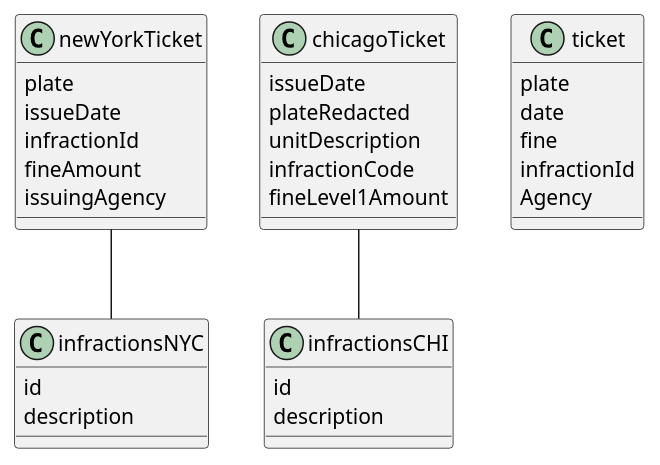
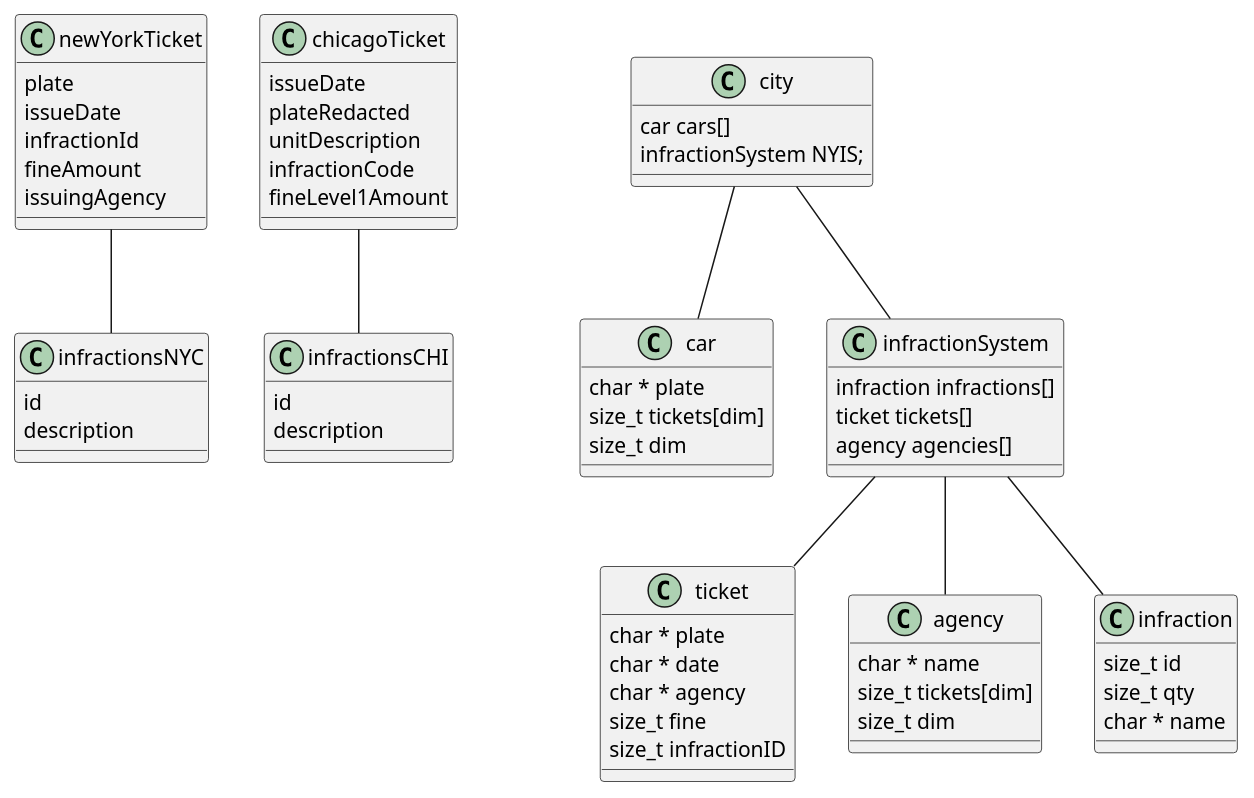
Before and after one commit to AugustoOspal/Proyecto_Final_PI: the diagram in structure_objects.puml, drawn with PlantUML.

Commit message:
Added the first idea of the ADT

```diff
--- a/structure_objects.puml
+++ b/structure_objects.puml
@@ -1,45 +1,89 @@
 @startuml
 
 class newYorkTicket
 {
     plate
     issueDate
     infractionId
     fineAmount
     issuingAgency
 }
 
 class infractionsNYC
 {
     id
     description
 }
 
 class chicagoTicket
 {
     issueDate
     plateRedacted
     unitDescription
     infractionCode
     fineLevel1Amount
 }
 
 class infractionsCHI
 {
     id
     description
 }
 
 class ticket
 {
-    plate
-    date
-    fine
-    infractionId
-    Agency
+    char * plate
+    char * date
+    char * agency
+    size_t fine
+    size_t infractionID
 }
 
 newYorkTicket -- infractionsNYC
 chicagoTicket -- infractionsCHI
 
+' Ideas
+class city
+{
+    car cars[]
+    'New York Infraction System
+    infractionSystem NYIS;
+}
+
+class car
+{
+    char * plate
+    'vector of positions for tickets in city
+    size_t tickets[dim]
+    size_t dim
+}
+
+class agency
+{
+    char * name
+    'vector of positions for tickets in city
+    size_t tickets[dim]
+    size_t dim
+}
+
+class infraction
+{
+    size_t id
+    size_t qty
+    char * name
+}
+
+class infractionSystem
+{
+    infraction infractions[]
+    ticket tickets[]
+    agency agencies[]
+}
+
+city -- car
+city -- infractionSystem
+infractionSystem -- agency
+infractionSystem -- ticket
+infractionSystem -- infraction
+
 @enduml
```
